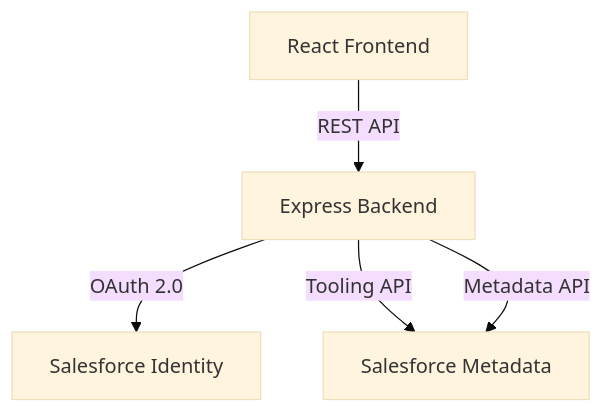
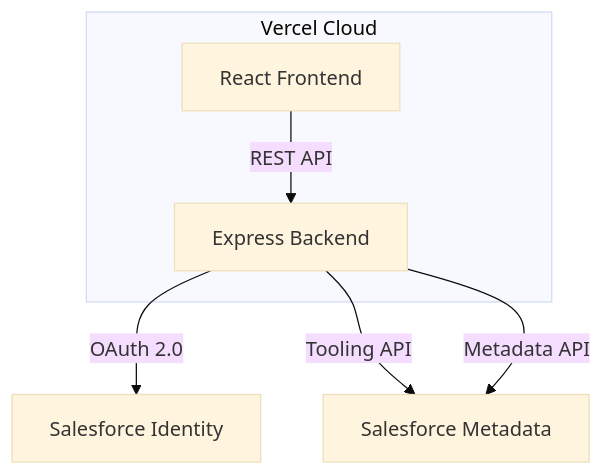
One commit to harichopper/Salesforce-Validation-Rule-Manager changed the diagram in README.md. Above: the diagram before and after it, drawn with Mermaid (base theme). The commit also changed other lines of this file, not shown here.

Commit message:
docs: final readme update with live demo, architecture subgraph, and serverless session documentation

````diff
--- a/README.md
+++ b/README.md
@@ -32,7 +38,11 @@
 ```mermaid
 graph TD
     A[React Frontend] -->|REST API| B[Express Backend]
     B -->|OAuth 2.0| C[Salesforce Identity]
     B -->|Tooling API| D[Salesforce Metadata]
     B -->|Metadata API| D
+    subgraph Vercel Cloud
+    A
+    B
+    end
 ```
````
